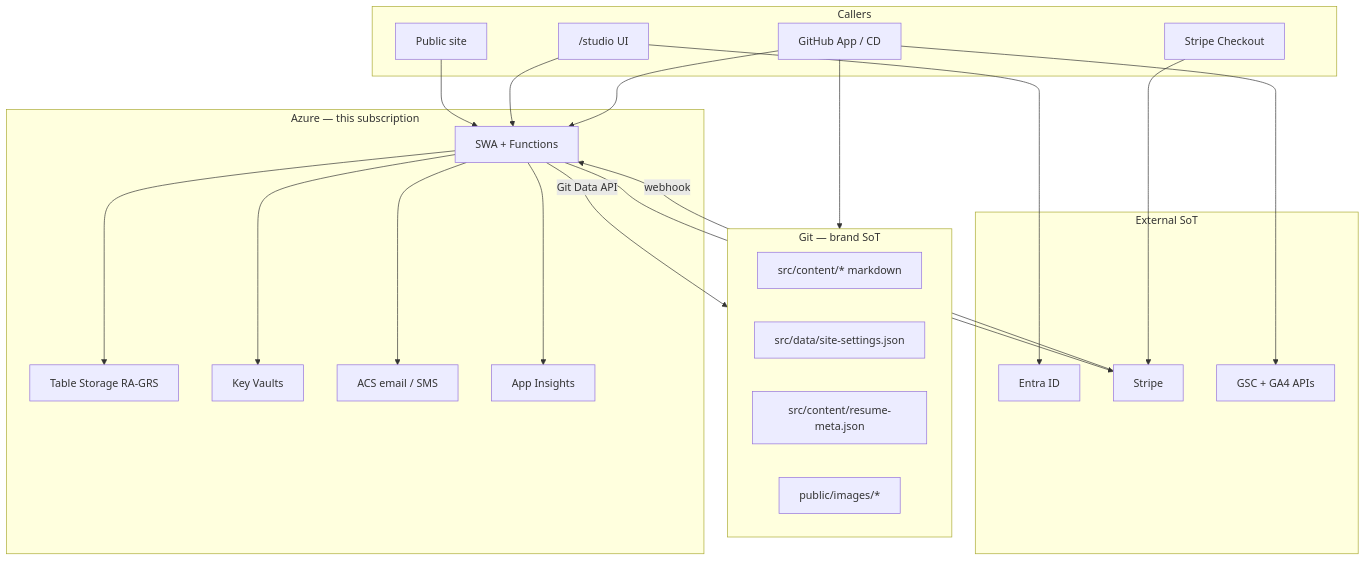
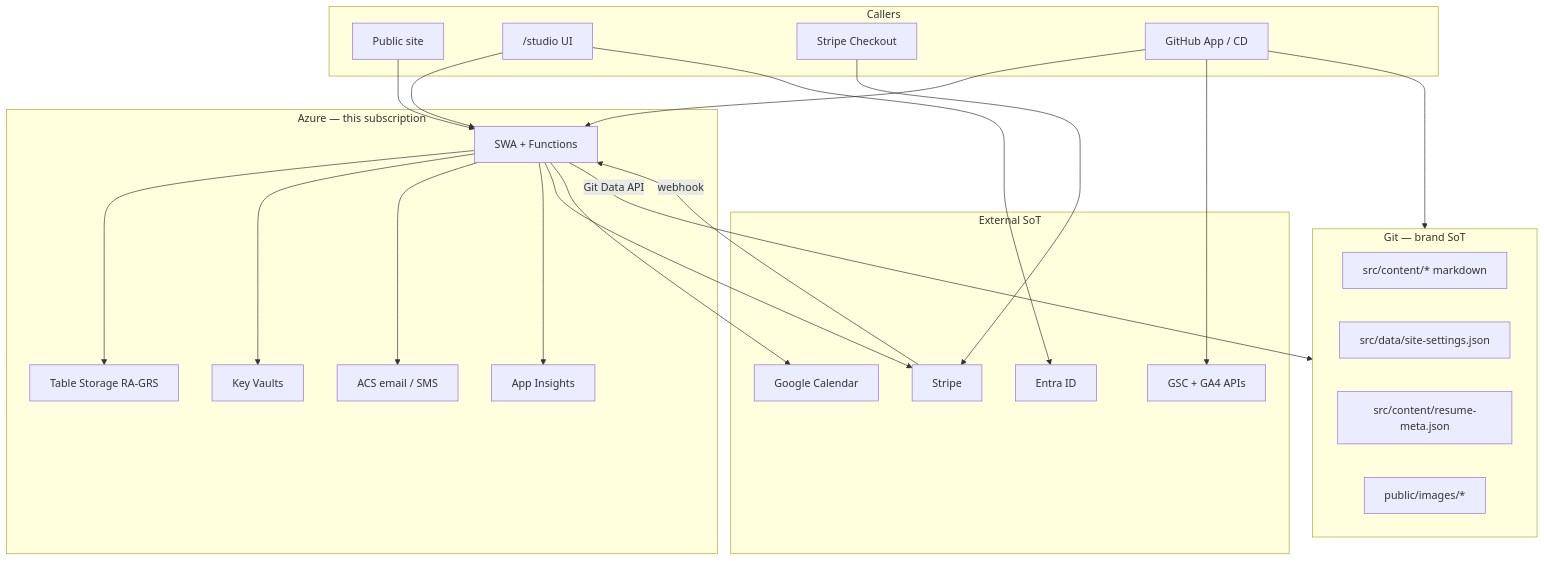
The first of 7 diagrams in docs/architecture/data-persistence.md (jefftindall/broadway-portfolio), drawn with Mermaid before and after one commit. The commit also changed other lines of this file and 55 other files, not shown here.

First line of the commit message:
STUDIO-P3: Google Calendar scheduling + ICS fallback (#117)

````diff
--- a/docs/architecture/data-persistence.md
+++ b/docs/architecture/data-persistence.md
@@ -25,45 +25,47 @@
 ```mermaid
 flowchart TB
   subgraph clients [Callers]
     PublicSite[Public site]
     StudioUI["/studio UI"]
     StripeDash[Stripe Checkout]
     GHApp[GitHub App / CD]
   end
 
   subgraph gitSot [Git — brand SoT]
     Content["src/content/* markdown"]
     SiteJSON["src/data/site-settings.json"]
     ResumeJSON["src/content/resume-meta.json"]
     Images["public/images/*"]
   end
 
   subgraph azure [Azure — this subscription]
     SWA[SWA + Functions]
     Tables[Table Storage RA-GRS]
     KV[Key Vaults]
     ACS[ACS email / SMS]
     AI[App Insights]
   end
 
   subgraph external [External SoT]
     Entra[Entra ID]
     Stripe[Stripe]
     GSC[GSC + GA4 APIs]
+    GCal[Google Calendar]
   end
 
   PublicSite --> SWA
   StudioUI --> SWA
   StripeDash --> Stripe
   Stripe -->|webhook| SWA
   SWA --> Tables
   SWA --> KV
   SWA --> ACS
   SWA --> AI
   SWA -->|Git Data API| gitSot
   GHApp --> gitSot
   GHApp --> SWA
   StudioUI --> Entra
   SWA --> Stripe
+  SWA --> GCal
   GHApp --> GSC
 ```
````
